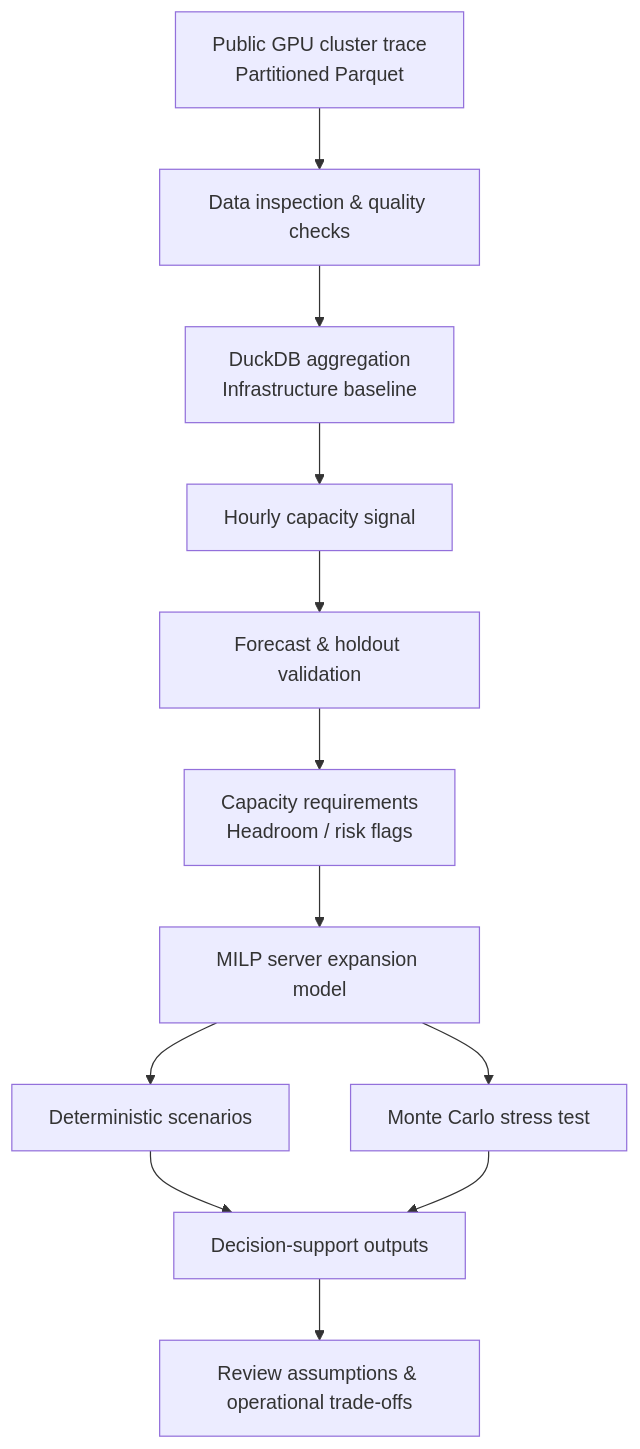
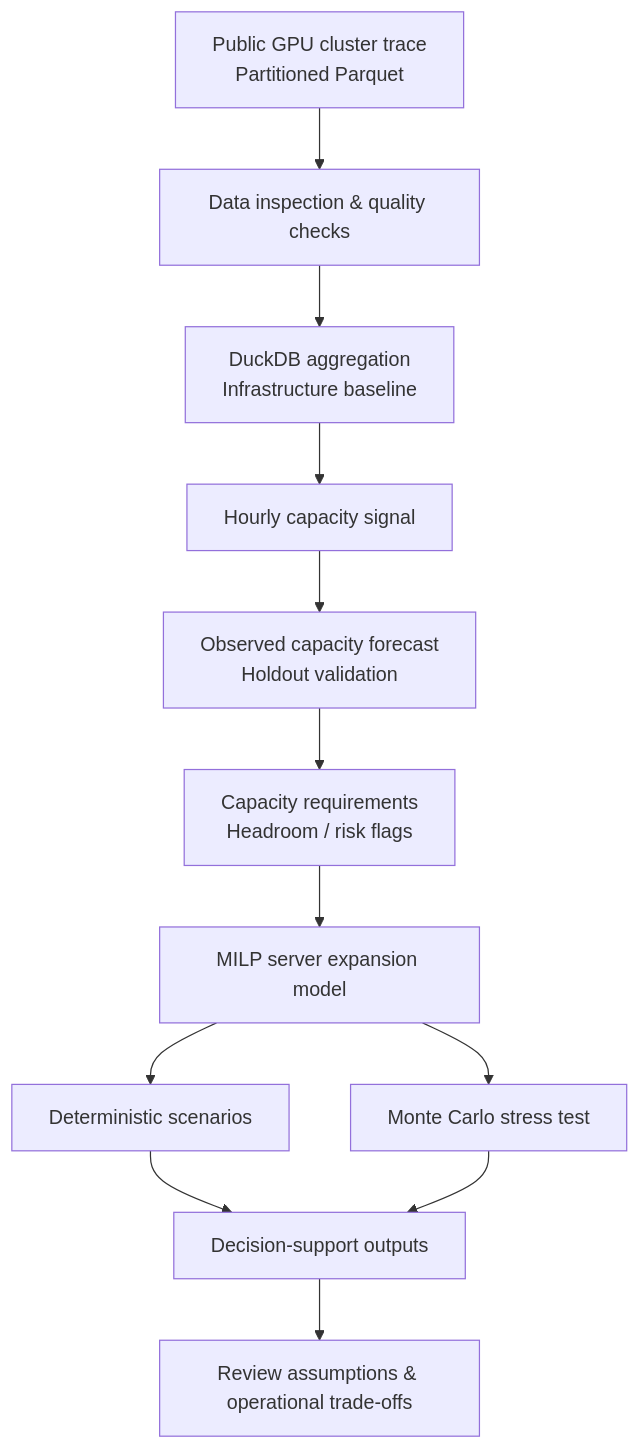
The diagram in README.md (kellyraji/capacity-planning-optimization-engine), drawn with Mermaid before and after one commit. The commit also changed other lines of this file, not shown here.

Commit message:
docs: clarify capacity forecast terminology and navigation

````diff
--- a/README.md
+++ b/README.md
@@ -36,14 +36,14 @@
 ```mermaid
 flowchart TD
     A["Public GPU cluster trace<br/>Partitioned Parquet"] --> B["Data inspection & quality checks"]
     B --> C["DuckDB aggregation<br/>Infrastructure baseline"]
     C --> D["Hourly capacity signal"]
-    D --> E["Forecast & holdout validation"]
+    D --> E["Observed capacity forecast<br/>Holdout validation"]
     E --> F["Capacity requirements<br/>Headroom / risk flags"]
     F --> G["MILP server expansion model"]
     G --> H["Deterministic scenarios"]
     G --> I["Monte Carlo stress test"]
     H --> J["Decision-support outputs"]
     I --> J
     J --> K["Review assumptions & operational trade-offs"]
 ```
````
